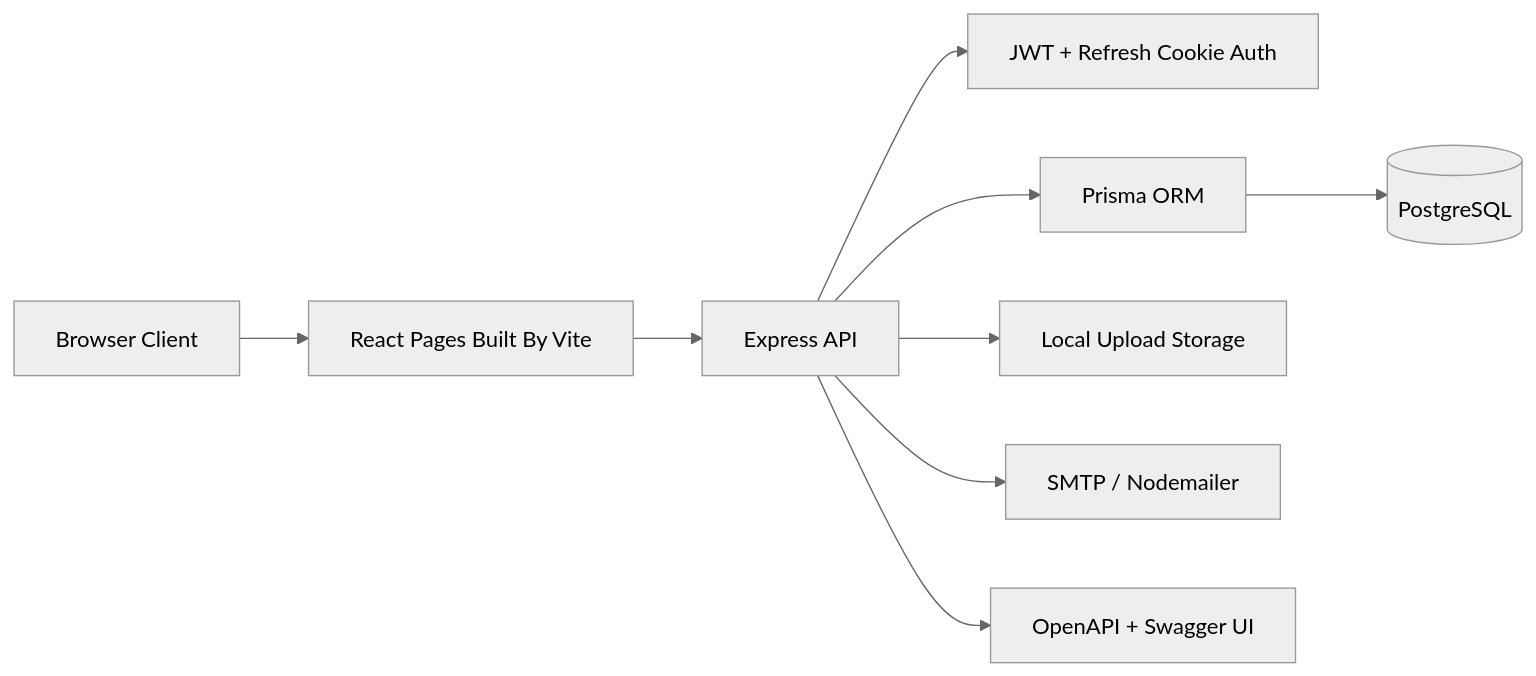
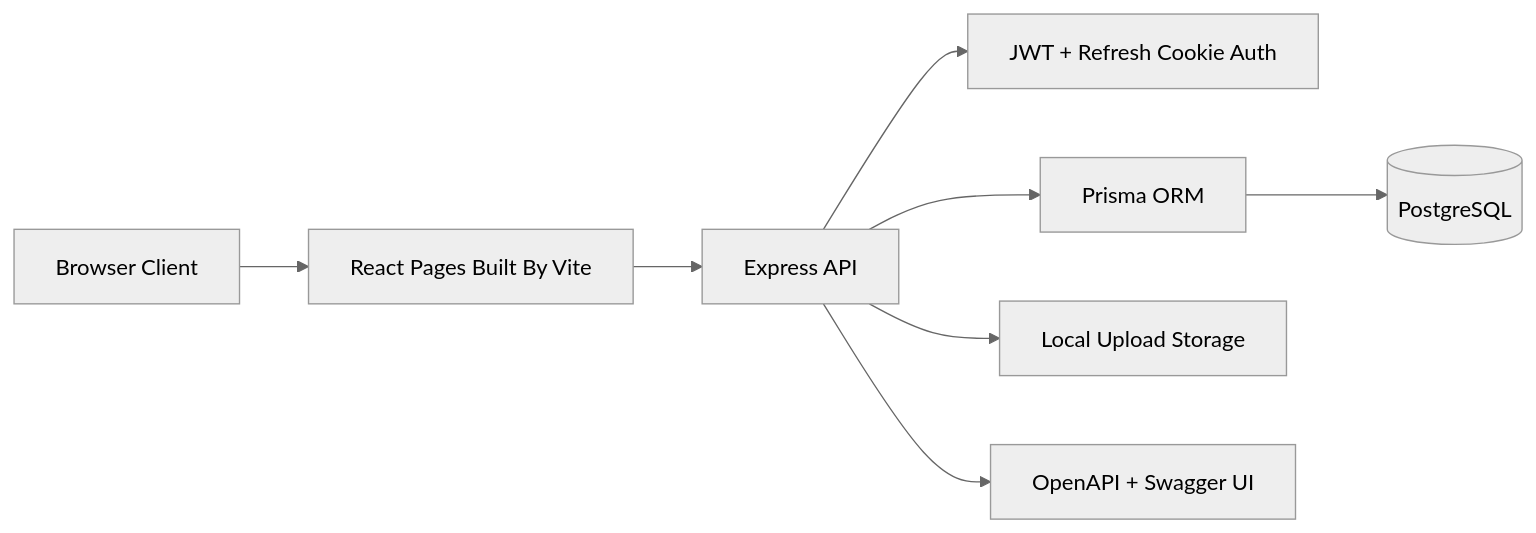
One commit to E-m-ad/Graduation-Project changed the first of 5 diagrams in README.md. Above: the diagram before and after it, drawn with Mermaid (neutral theme). The commit also changed other lines of this file and 5 other files, not shown here.

````diff
--- a/README.md
+++ b/README.md
@@ -126,11 +123,10 @@
 ```mermaid
 flowchart LR
   Browser[Browser Client] --> Frontend[React Pages Built By Vite]
   Frontend --> API[Express API]
   API --> Auth[JWT + Refresh Cookie Auth]
   API --> Prisma[Prisma ORM]
   Prisma --> Postgres[(PostgreSQL)]
   API --> Uploads[Local Upload Storage]
-  API --> Mail[SMTP / Nodemailer]
   API --> Docs[OpenAPI + Swagger UI]
 ```
````
